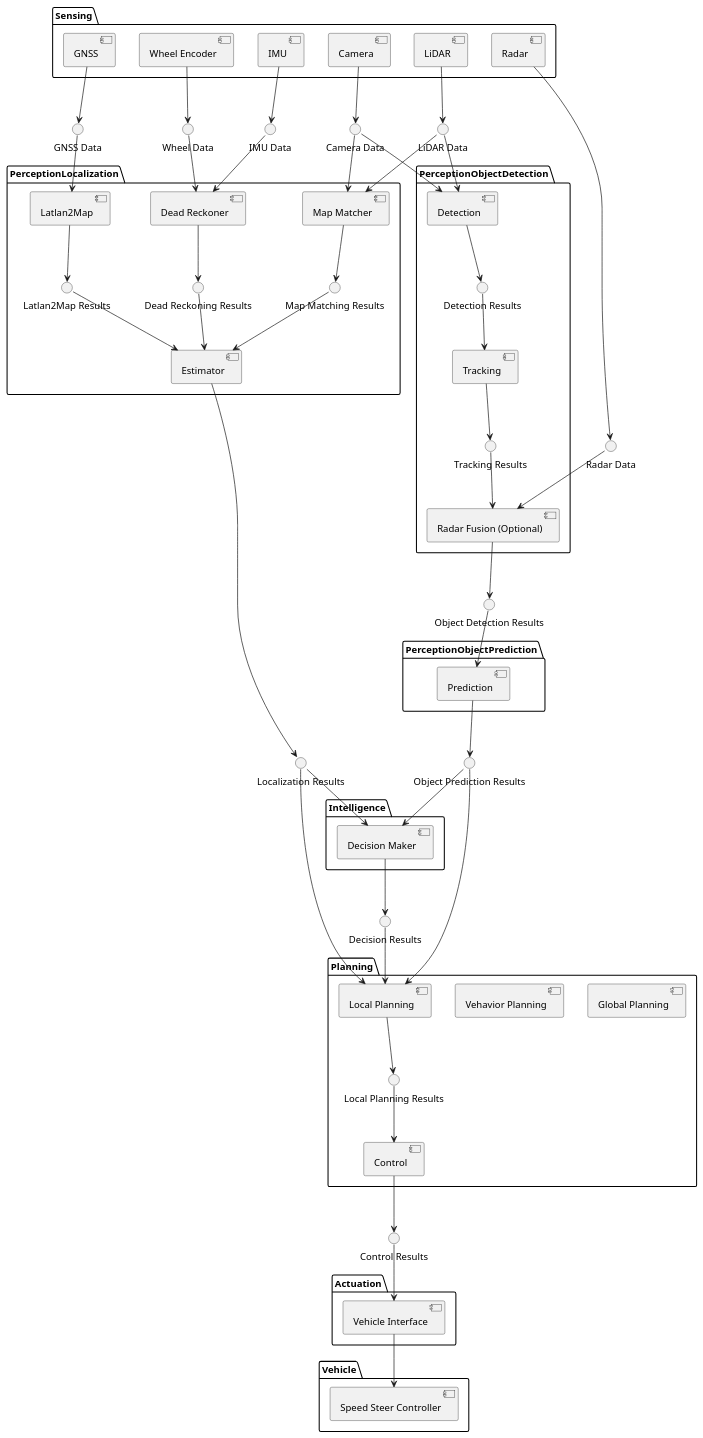
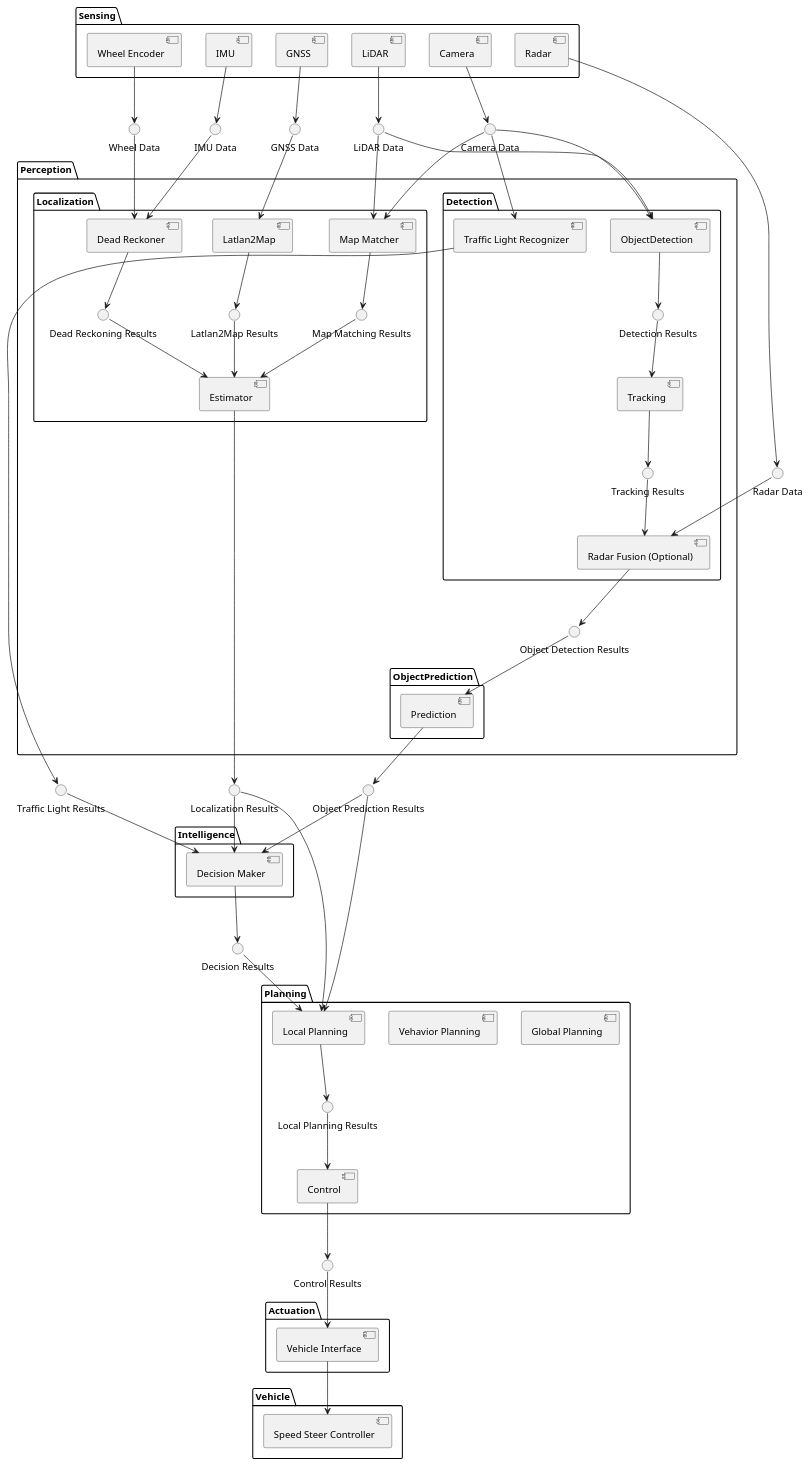
One commit to beenfhb/autoware changed the diagram in docs/architecture/TopLevelComponents.pu. Above: the diagram before and after it, drawn with PlantUML.

```diff
--- a/docs/architecture/TopLevelComponents.pu
+++ b/docs/architecture/TopLevelComponents.pu
@@ -1,123 +1,131 @@
 () "LiDAR Data" as lidar_data
 () "Camera Data" as camera_data
 () "GNSS Data" as gnss_data
 () "Wheel Data" as wheel_data
 () "IMU Data" as imu_data
 () "Radar Data" as radar_data
 
 folder Sensing {
     [LiDAR]
     LiDAR --> lidar_data
 
     [Camera]
     Camera --> camera_data
 
     [GNSS]
     GNSS --> gnss_data
 
     [Wheel Encoder] as wheel_encoder
     wheel_encoder --> wheel_data
 
     [IMU]
     IMU --> imu_data
 
     [Radar]
     Radar --> radar_data
 }
 
+() "Traffic Light Results" as traffic_light_results
+() "Localization Results" as localization_results
+() "Object Prediction Results" as object_prediction_results
+
+folder Perception {
+
 () "Object Detection Results" as object_detection_results
-() "Localization Results" as localization_results
 
-folder PerceptionObjectDetection {
+folder Detection {
     () "Detection Results" as detection_results
     () "Tracking Results" as tracking_results
 
-    [Detection]
-    lidar_data --> Detection
-    camera_data --> Detection
-    Detection --> detection_results
+    [ObjectDetection]
+    lidar_data --> ObjectDetection
+    camera_data --> ObjectDetection
+    ObjectDetection --> detection_results
 
     [Tracking]
     detection_results --> Tracking
     Tracking --> tracking_results
 
     [Radar Fusion (Optional)] as radar_fusion
     tracking_results --> radar_fusion
     radar_data --> radar_fusion
     radar_fusion --> object_detection_results
+
+    [Traffic Light Recognizer] as traffic_light_recognizer
+    camera_data --> traffic_light_recognizer
+    traffic_light_recognizer --> traffic_light_results
 }
 
-() "Object Prediction Results" as object_prediction_results
-
-folder PerceptionObjectPrediction {
+folder ObjectPrediction {
     [Prediction]
     object_detection_results --> Prediction
     Prediction --> object_prediction_results
 }
 
-() "Localization Results" as localization_results
-
-folder PerceptionLocalization {
+folder Localization {
     () "Latlan2Map Results" as latlan2map_results
     () "Dead Reckoning Results" as dead_reckoning_results
     () "Map Matching Results" as map_matching_results
 
     [Latlan2Map]
     gnss_data --> Latlan2Map
     Latlan2Map --> latlan2map_results
 
     [Dead Reckoner] as dead_reckoner
     wheel_data --> dead_reckoner
     imu_data --> dead_reckoner
     dead_reckoner --> dead_reckoning_results
 
     [Map Matcher] as map_matcher
     lidar_data --> map_matcher
     camera_data --> map_matcher
     map_matcher --> map_matching_results
 
     [Estimator]
     dead_reckoning_results --> Estimator
     latlan2map_results --> Estimator
     map_matching_results --> Estimator
     Estimator --> localization_results
 }
 
+}
+
 () "Decision Results" as decision_results
 
 folder Intelligence {
     [Decision Maker] as decision_maker
     object_prediction_results --> decision_maker
+    traffic_light_results --> decision_maker
     localization_results --> decision_maker
     decision_maker --> decision_results
 }
 
 () "Control Results" as control_results
 
 folder Planning {
     () "Local Planning Results" as local_planning_results
 
     [Global Planning] as global_planning
 
     [Vehavior Planning] as behavior_planning
 
     [Local Planning] as local_planning
     decision_results --> local_planning
     object_prediction_results --> local_planning
     localization_results --> local_planning
     local_planning --> local_planning_results
 
     [Control]
     local_planning_results --> Control
     Control --> control_results
 }
 
 folder Actuation {
     [Vehicle Interface] as vehicle_interface
     control_results --> vehicle_interface
 }
 
 folder Vehicle {
     [Speed Steer Controller] as speed_steer_controller
     vehicle_interface --> speed_steer_controller
 }
```
